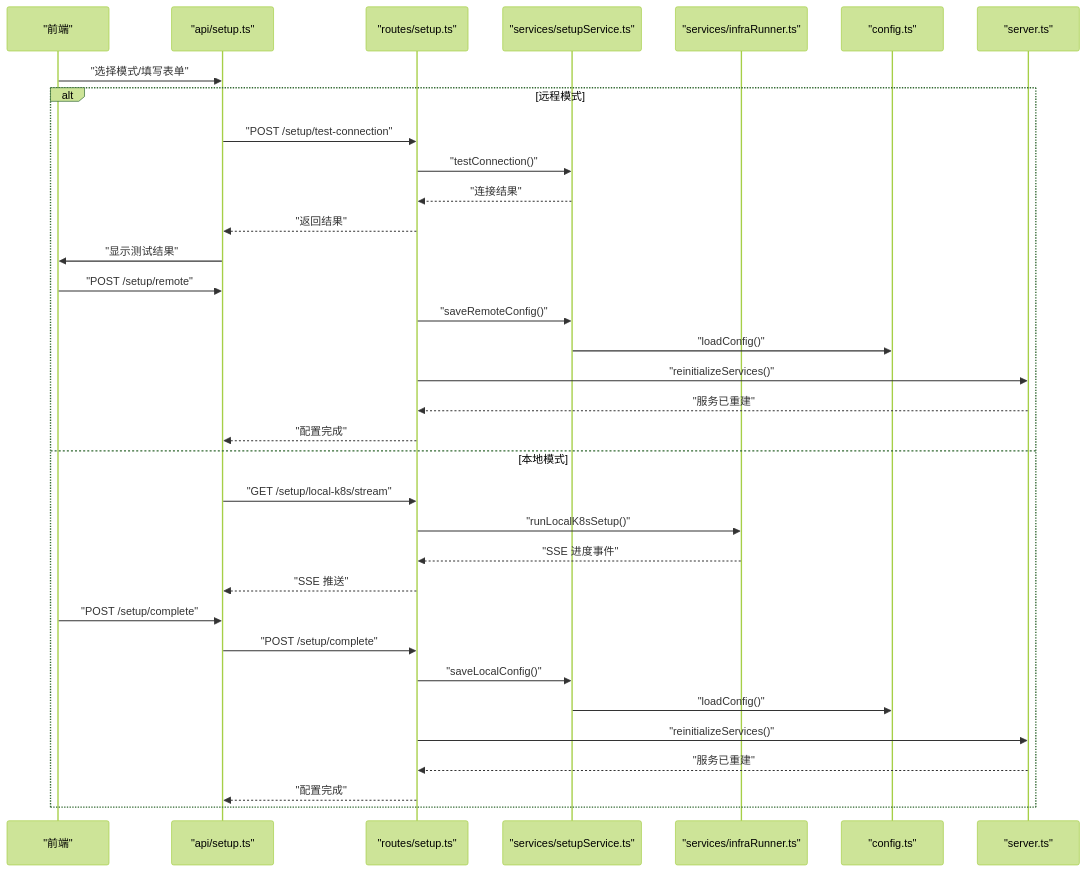
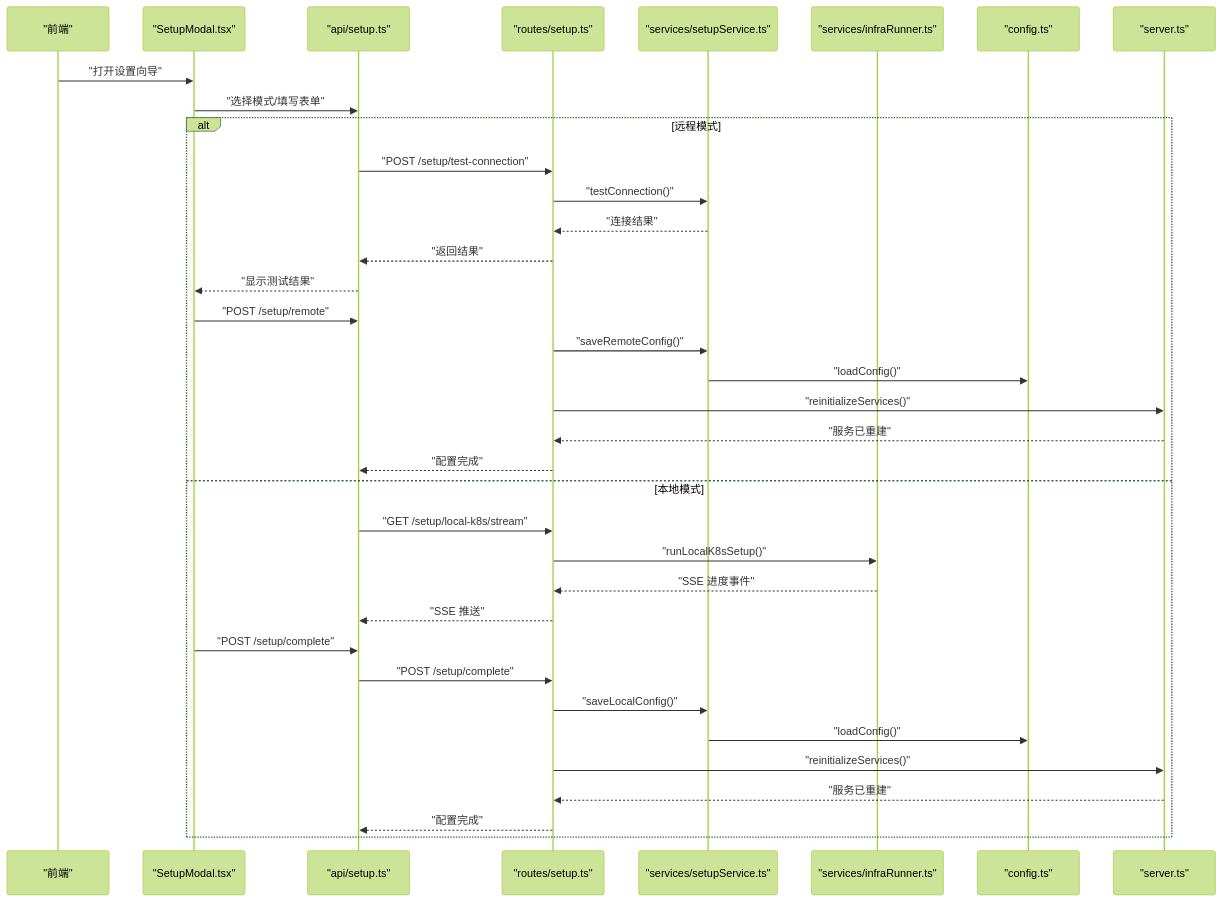
One commit to RabbitAI-Lab/Sandbox-Manager changed the second of 9 diagrams in .qoder/repowiki/zh/content/后端服务详解/设置服务模块.md. Above: the diagram before and after it, drawn with Mermaid (forest theme). The commit also changed other lines of this file and 15 other files, not shown here.

````diff
--- a/.qoder/repowiki/zh/content/后端服务详解/设置服务模块.md
+++ b/.qoder/repowiki/zh/content/后端服务详解/设置服务模块.md
@@ -129,36 +159,38 @@
 ```mermaid
 sequenceDiagram
 participant FE as "前端"
+participant Modal as "SetupModal.tsx"
 participant API as "api/setup.ts"
 participant Route as "routes/setup.ts"
 participant Svc as "services/setupService.ts"
 participant Infra as "services/infraRunner.ts"
 participant Cfg as "config.ts"
 participant Srv as "server.ts"
-FE->>API : "选择模式/填写表单"
+FE->>Modal : "打开设置向导"
+Modal->>API : "选择模式/填写表单"
 alt 远程模式
 API->>Route : "POST /setup/test-connection"
 Route->>Svc : "testConnection()"
 Svc-->>Route : "连接结果"
 Route-->>API : "返回结果"
-API->>FE : "显示测试结果"
-FE->>API : "POST /setup/remote"
+API-->>Modal : "显示测试结果"
+Modal->>API : "POST /setup/remote"
 Route->>Svc : "saveRemoteConfig()"
 Svc->>Cfg : "loadConfig()"
 Route->>Srv : "reinitializeServices()"
 Srv-->>Route : "服务已重建"
 Route-->>API : "配置完成"
 else 本地模式
 API->>Route : "GET /setup/local-k8s/stream"
 Route->>Infra : "runLocalK8sSetup()"
 Infra-->>Route : "SSE 进度事件"
 Route-->>API : "SSE 推送"
-FE->>API : "POST /setup/complete"
+Modal->>API : "POST /setup/complete"
 API->>Route : "POST /setup/complete"
 Route->>Svc : "saveLocalConfig()"
 Svc->>Cfg : "loadConfig()"
 Route->>Srv : "reinitializeServices()"
 Srv-->>Route : "服务已重建"
 Route-->>API : "配置完成"
 end
 ```
````
